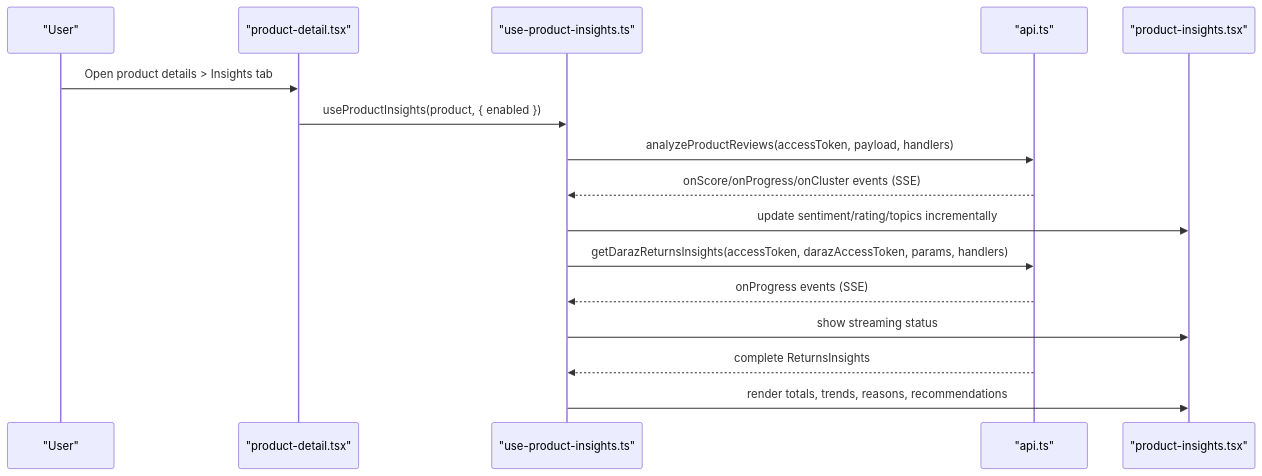
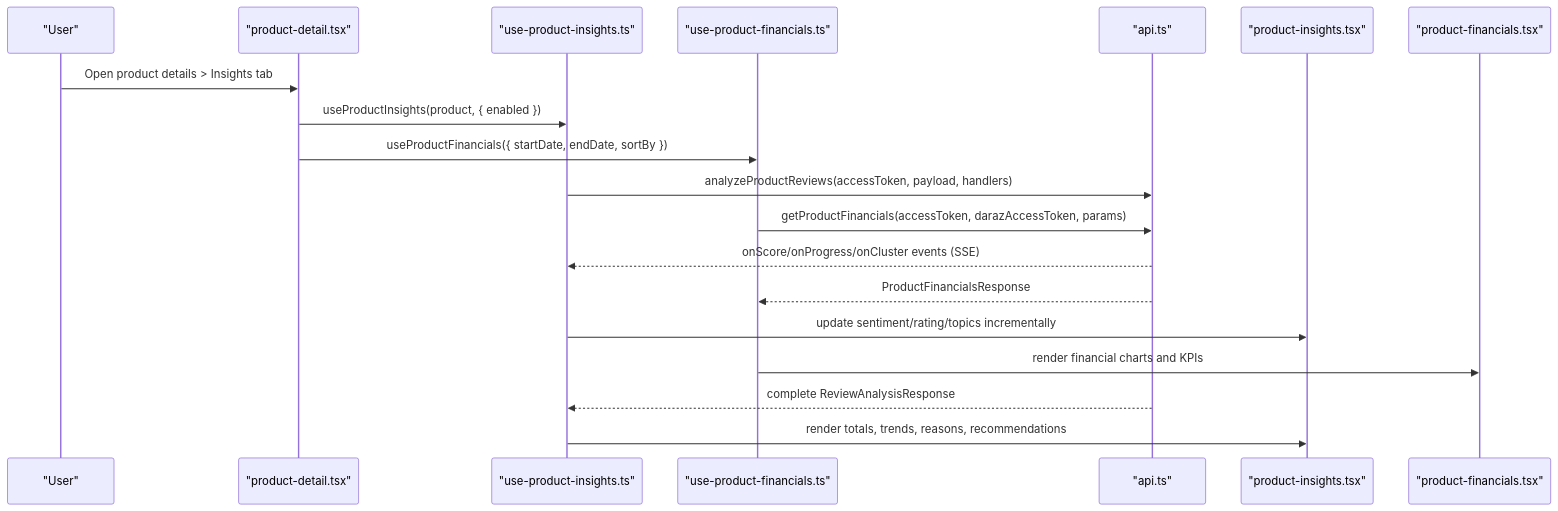
Before and after one commit to Muhammad-Masood/tijarah-ai-app: the second of 6 diagrams in .qoder/repowiki/en/content/Product Management/Product Insights & Analytics.md, drawn with Mermaid. The commit also changed other lines of this file and 11 other files, not shown here.

````diff
--- a/.qoder/repowiki/en/content/Product Management/Product Insights & Analytics.md
+++ b/.qoder/repowiki/en/content/Product Management/Product Insights & Analytics.md
@@ -110,18 +140,21 @@
 ```mermaid
 sequenceDiagram
 participant User as "User"
 participant PD as "product-detail.tsx"
-participant Hook as "use-product-insights.ts"
+participant InsightsHook as "use-product-insights.ts"
+participant FinancialHook as "use-product-financials.ts"
 participant API as "api.ts"
 participant Panel as "product-insights.tsx"
+participant FinancialScreen as "product-financials.tsx"
 User->>PD : Open product details > Insights tab
-PD->>Hook : useProductInsights(product, { enabled })
-Hook->>API : analyzeProductReviews(accessToken, payload, handlers)
-API-->>Hook : onScore/onProgress/onCluster events (SSE)
-Hook->>Panel : update sentiment/rating/topics incrementally
-Hook->>API : getDarazReturnsInsights(accessToken, darazAccessToken, params, handlers)
-API-->>Hook : onProgress events (SSE)
-Hook->>Panel : show streaming status
-API-->>Hook : complete ReturnsInsights
-Hook->>Panel : render totals, trends, reasons, recommendations
+PD->>InsightsHook : useProductInsights(product, { enabled })
+PD->>FinancialHook : useProductFinancials({ startDate, endDate, sortBy })
+InsightsHook->>API : analyzeProductReviews(accessToken, payload, handlers)
+FinancialHook->>API : getProductFinancials(accessToken, darazAccessToken, params)
+API-->>InsightsHook : onScore/onProgress/onCluster events (SSE)
+API-->>FinancialHook : ProductFinancialsResponse
+InsightsHook->>Panel : update sentiment/rating/topics incrementally
+FinancialHook->>FinancialScreen : render financial charts and KPIs
+API-->>InsightsHook : complete ReviewAnalysisResponse
+InsightsHook->>Panel : render totals, trends, reasons, recommendations
 ```
````
